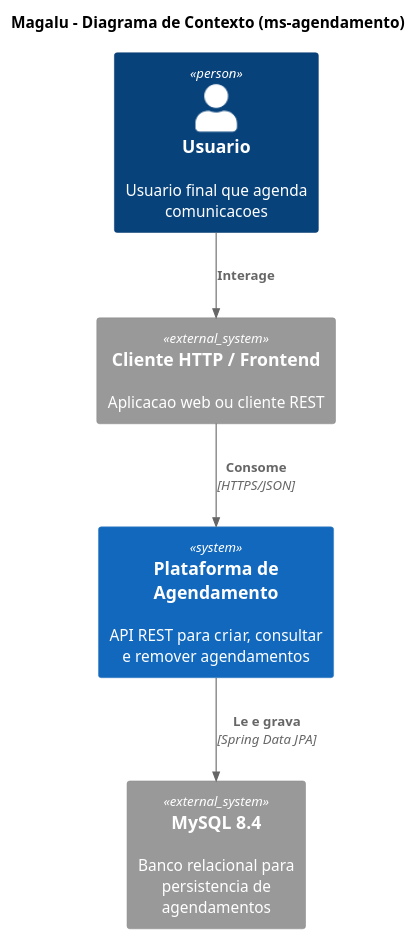
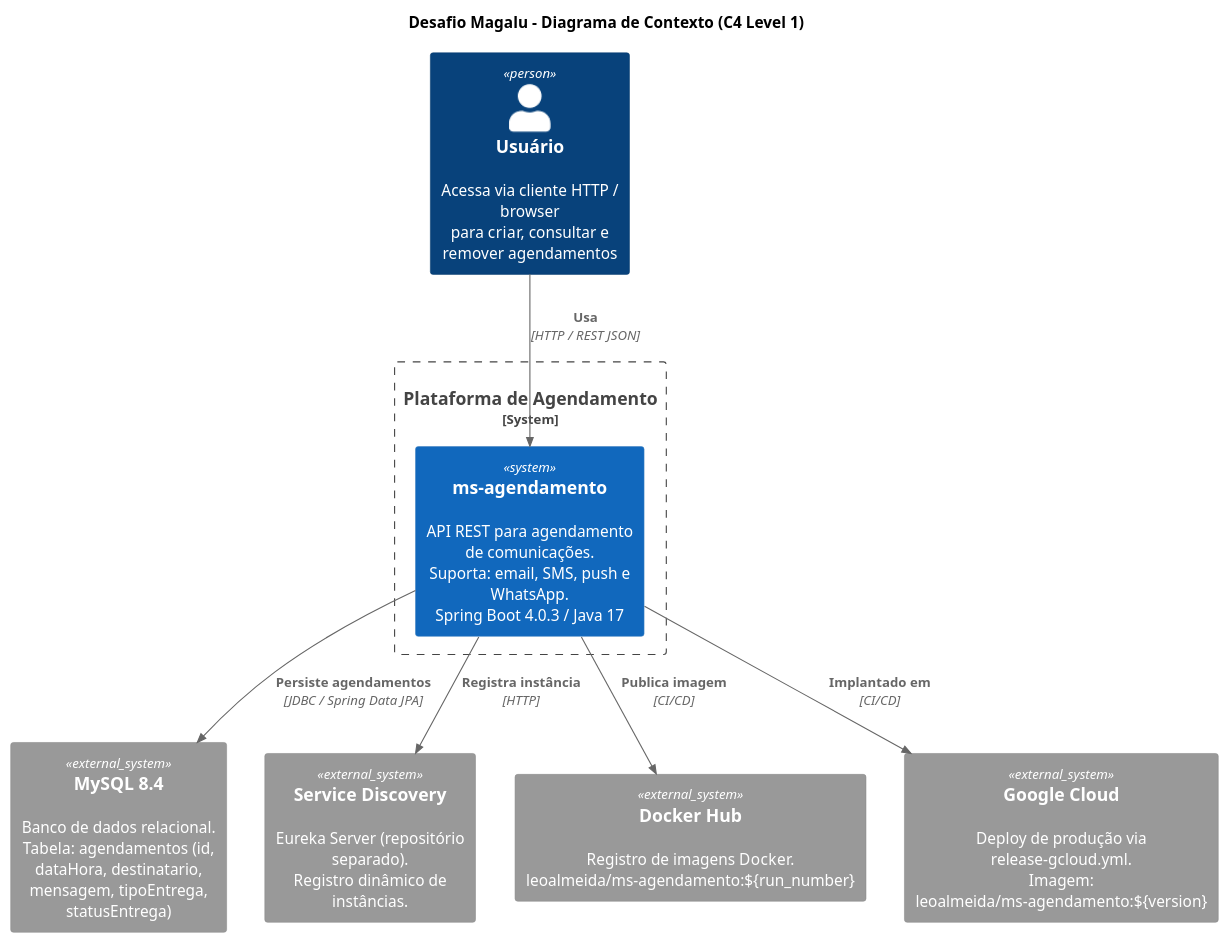
The diagram in docs/architecture/context-diagram.puml (leoalmeida/desafioMagalu), drawn with PlantUML before and after one commit. The commit also changed 7 other files, not shown here.

Commit message:
Inclusão do web-ui do openapi e atualização dos diagramas de documentação.

```diff
--- a/docs/architecture/context-diagram.puml
+++ b/docs/architecture/context-diagram.puml
@@ -1,19 +1,24 @@
 @startuml context_diagram
 
 !include https://raw.githubusercontent.com/plantuml-stdlib/C4-PlantUML/master/C4_Context.puml
 
-title Magalu - Diagrama de Contexto (ms-agendamento)
+title Desafio Magalu - Diagrama de Contexto (C4 Level 1)
 
-Person(user, "Usuario", "Usuario final que agenda comunicacoes")
+Person(user, "Usuário", "Acessa via cliente HTTP / browser\npara criar, consultar e remover agendamentos")
 
-System_Ext(client, "Cliente HTTP / Frontend", "Aplicacao web ou cliente REST")
+System_Boundary(magalu, "Plataforma de Agendamento") {
+    System(system, "ms-agendamento", "API REST para agendamento de comunicações.\nSuporta: email, SMS, push e WhatsApp.\nSpring Boot 4.0.3 / Java 17")
+}
 
-System(system, "Plataforma de Agendamento", "API REST para criar, consultar e remover agendamentos")
+System_Ext(mysql, "MySQL 8.4", "Banco de dados relacional.\nTabela: agendamentos (id, dataHora, destinatario,\nmensagem, tipoEntrega, statusEntrega)")
+System_Ext(eureka, "Service Discovery", "Eureka Server (repositório separado).\nRegistro dinâmico de instâncias.")
+System_Ext(dockerhub, "Docker Hub", "Registro de imagens Docker.\nleoalmeida/ms-agendamento:${run_number}")
+System_Ext(gcloud, "Google Cloud", "Deploy de produção via release-gcloud.yml.\nImagem: leoalmeida/ms-agendamento:${version}")
 
-System_Ext(mysql, "MySQL 8.4", "Banco relacional para persistencia de agendamentos")
-
-Rel(user, client, "Interage")
-Rel(client, system, "Consome", "HTTPS/JSON")
-Rel(system, mysql, "Le e grava", "Spring Data JPA")
+Rel(user, system, "Usa", "HTTP / REST JSON")
+Rel(system, mysql, "Persiste agendamentos", "JDBC / Spring Data JPA")
+Rel(system, eureka, "Registra instância", "HTTP")
+Rel(system, dockerhub, "Publica imagem", "CI/CD")
+Rel(system, gcloud, "Implantado em", "CI/CD")
 
 @enduml
```
